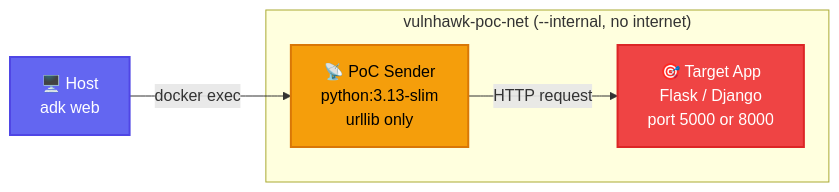
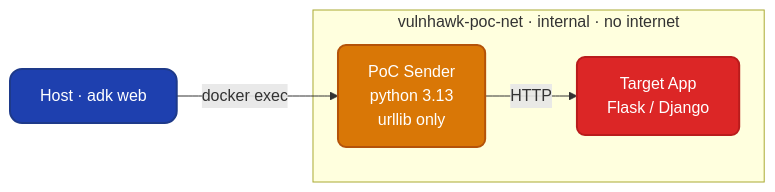
The second of 3 diagrams in README.md (mvpzone/vuln-hawk), drawn with Mermaid before and after one commit. The commit also changed other lines of this file, not shown here.

Commit message:
Cleaner Mermaid diagrams with rounded nodes and phase grouping

````diff
--- a/README.md
+++ b/README.md
@@ -140,14 +108,17 @@
 ```mermaid
-graph LR
-    subgraph "vulnhawk-poc-net (--internal, no internet)"
-        TARGET["🎯 Target App\nFlask / Django\nport 5000 or 8000"]
-        SENDER["📡 PoC Sender\npython:3.13-slim\nurllib only"]
-        SENDER -- "HTTP request" --> TARGET
+flowchart LR
+    classDef host fill:#1e40af,color:#fff,stroke:#1e3a8a,stroke-width:2px,rx:12,ry:12
+    classDef sender fill:#d97706,color:#fff,stroke:#b45309,stroke-width:2px,rx:8,ry:8
+    classDef target fill:#dc2626,color:#fff,stroke:#b91c1c,stroke-width:2px,rx:8,ry:8
+    classDef net fill:none,stroke:#475569,stroke-width:2px,stroke-dasharray:5 5
+
+    HOST[Host · adk web]:::host
+
+    subgraph NET["vulnhawk-poc-net · internal · no internet"]
+        SENDER[PoC Sender\npython 3.13\nurllib only]:::sender
+        TARGET[Target App\nFlask / Django]:::target
+        SENDER -- "HTTP" --> TARGET
     end
 
-    HOST["🖥️ Host\nadk web"] -- "docker exec" --> SENDER
-
-    style TARGET fill:#ef4444,color:#fff,stroke:#dc2626,stroke-width:2px
-    style SENDER fill:#f59e0b,color:#000,stroke:#d97706,stroke-width:2px
-    style HOST fill:#6366f1,color:#fff,stroke:#4f46e5,stroke-width:2px
+    HOST -- "docker exec" --> SENDER
 ```
````
